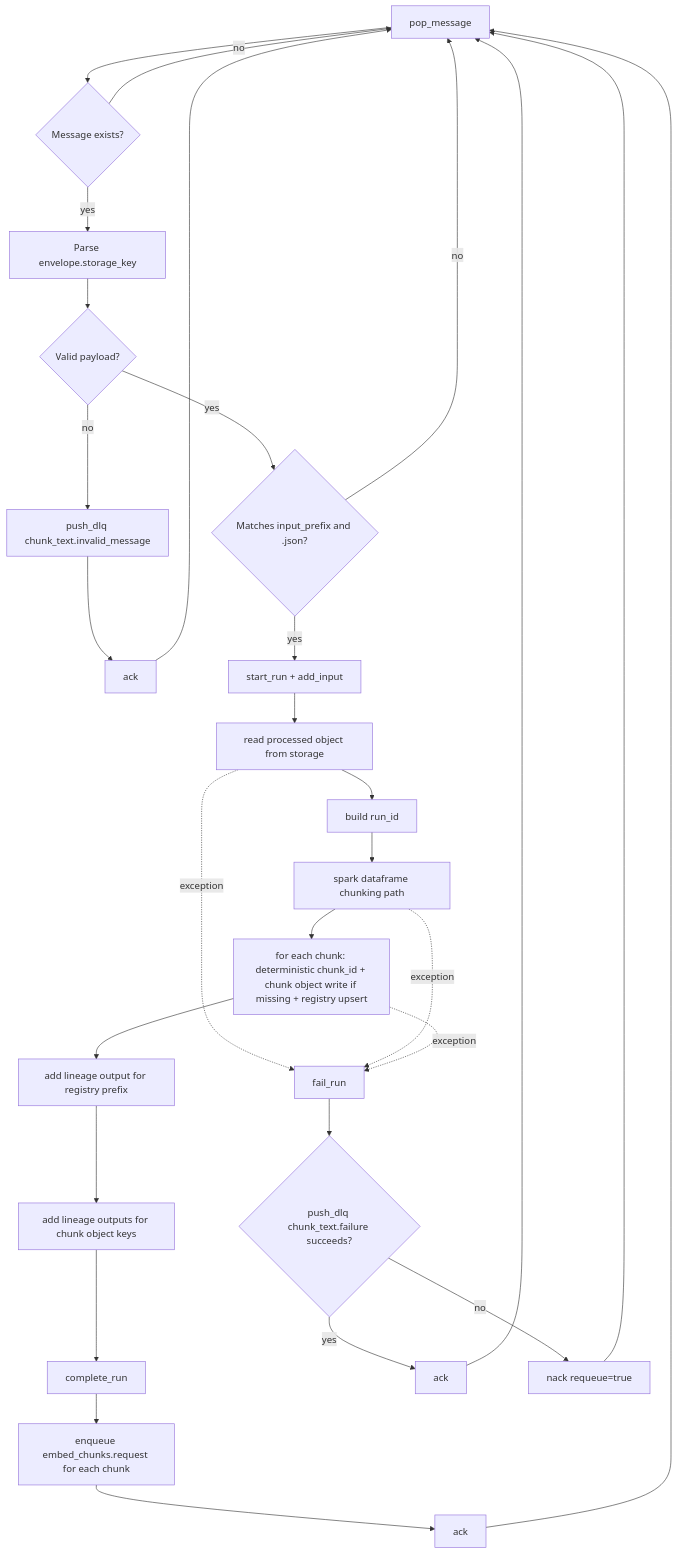
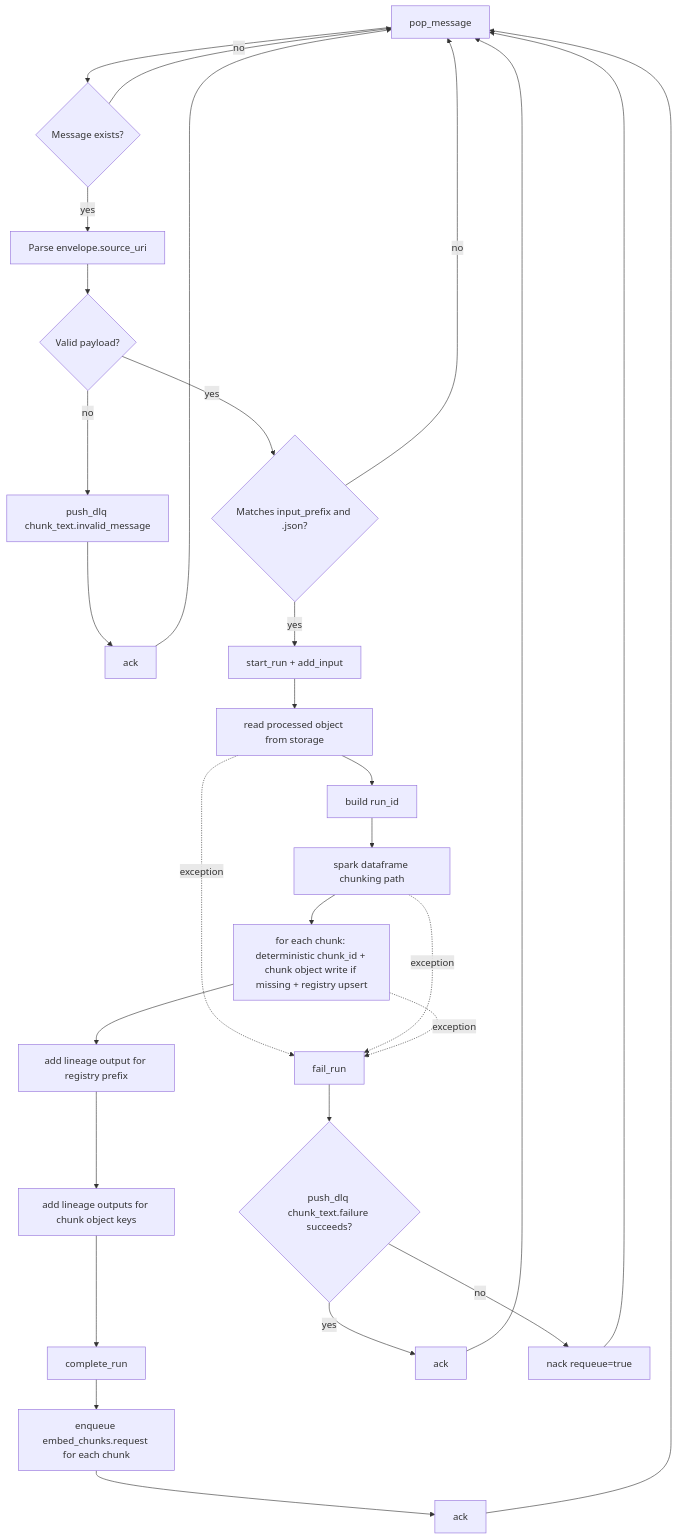
Before and after one commit to ElwesHonorato/governed-rag-foundation: the first of 3 diagrams in domains/worker_chunk_text/docs/SIREN_WORKFLOW.md, drawn with Mermaid. The commit also changed other lines of this file and 3 other files, not shown here.

Commit message:
refactor(stage-contract): pass source_uri from parse to chunk worker

````diff
--- a/domains/worker_chunk_text/docs/SIREN_WORKFLOW.md
+++ b/domains/worker_chunk_text/docs/SIREN_WORKFLOW.md
@@ -9,36 +9,36 @@
 ```mermaid
 flowchart TD
     A[pop_message] --> B{Message exists?}
     B -- no --> A
-    B -- yes --> C[Parse envelope.storage_key]
+    B -- yes --> C[Parse envelope.source_uri]
 
     C --> D{Valid payload?}
     D -- no --> D1[push_dlq chunk_text.invalid_message]
     D1 --> D2[ack]
     D2 --> A
 
     D -- yes --> E{Matches input_prefix and .json?}
     E -- no --> A
     E -- yes --> F[start_run + add_input]
 
     F --> G[read processed object from storage]
     G --> H[build run_id]
     H --> K[spark dataframe chunking path]
     K --> L[for each chunk: deterministic chunk_id + chunk object write if missing + registry upsert]
 
     L --> M[add lineage output for registry prefix]
     M --> N[add lineage outputs for chunk object keys]
     N --> O[complete_run]
     O --> P[enqueue embed_chunks.request for each chunk]
     P --> Q[ack]
     Q --> A
 
     G -. exception .-> X[fail_run]
     K -. exception .-> X
     L -. exception .-> X
     X --> Y{push_dlq chunk_text.failure succeeds?}
     Y -- yes --> Z[ack]
     Y -- no --> Z2[nack requeue=true]
     Z --> A
     Z2 --> A
 ```
````
